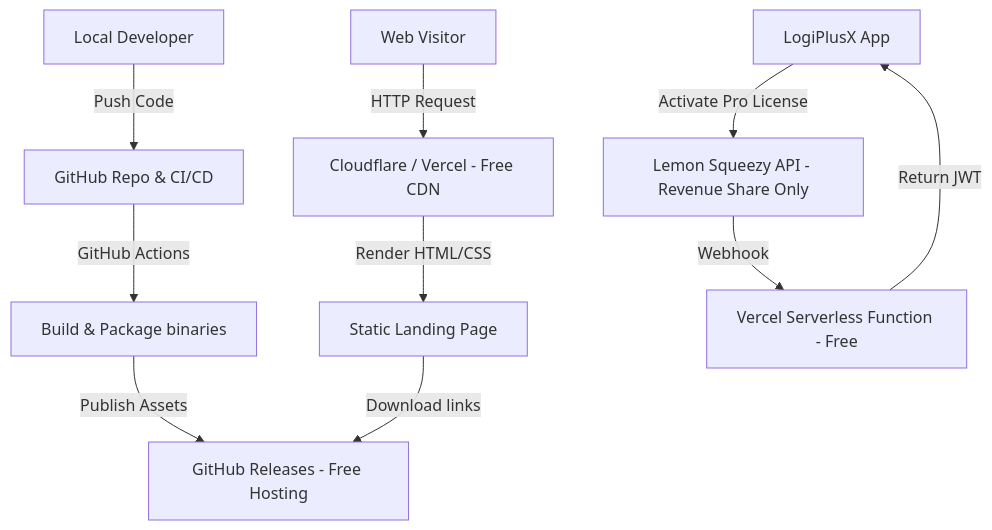
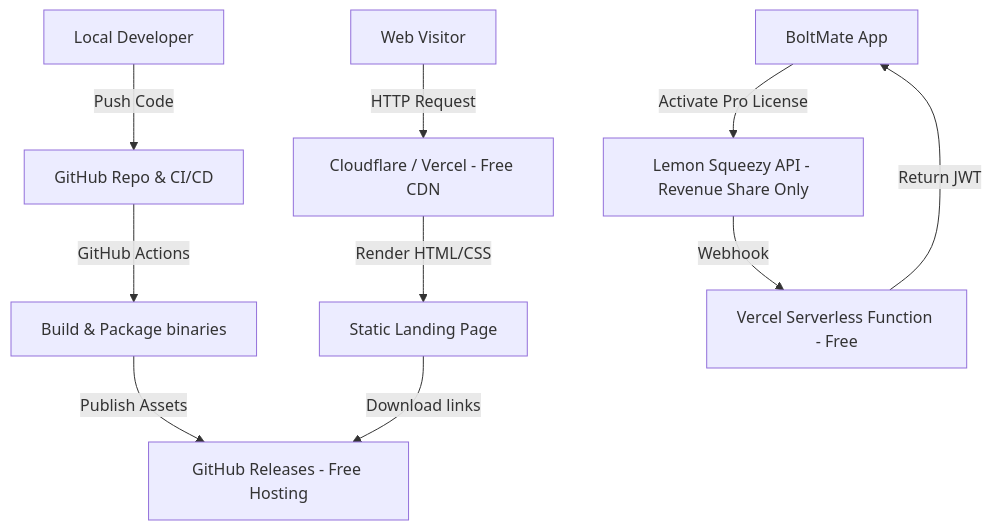
The diagram in market_analysis.md (jaredballen/BoltMate), drawn with Mermaid before and after one commit. The commit also changed other lines of this file and 307 other files, not shown here.

First line of the commit message:
Rebrand: LogiPlusSwitcher → BoltMate

````diff
--- a/market_analysis.md
+++ b/market_analysis.md
@@ -84,14 +84,14 @@
 ```mermaid
 graph TD
     Code[Local Developer] -->|Push Code| GitHub[GitHub Repo & CI/CD]
     GitHub -->|GitHub Actions| Build[Build & Package binaries]
     Build -->|Publish Assets| GHReleases[GitHub Releases - Free Hosting]
     
     UI[Web Visitor] -->|HTTP Request| CDN[Cloudflare / Vercel - Free CDN]
     CDN -->|Render HTML/CSS| LandingPage[Static Landing Page]
     LandingPage -->|Download links| GHReleases
     
-    App[LogiPlusX App] -->|Activate Pro License| LS[Lemon Squeezy API - Revenue Share Only]
+    App[BoltMate App] -->|Activate Pro License| LS[Lemon Squeezy API - Revenue Share Only]
     LS -->|Webhook| Webhook[Vercel Serverless Function - Free]
     Webhook -->|Return JWT| App
 ```
````
